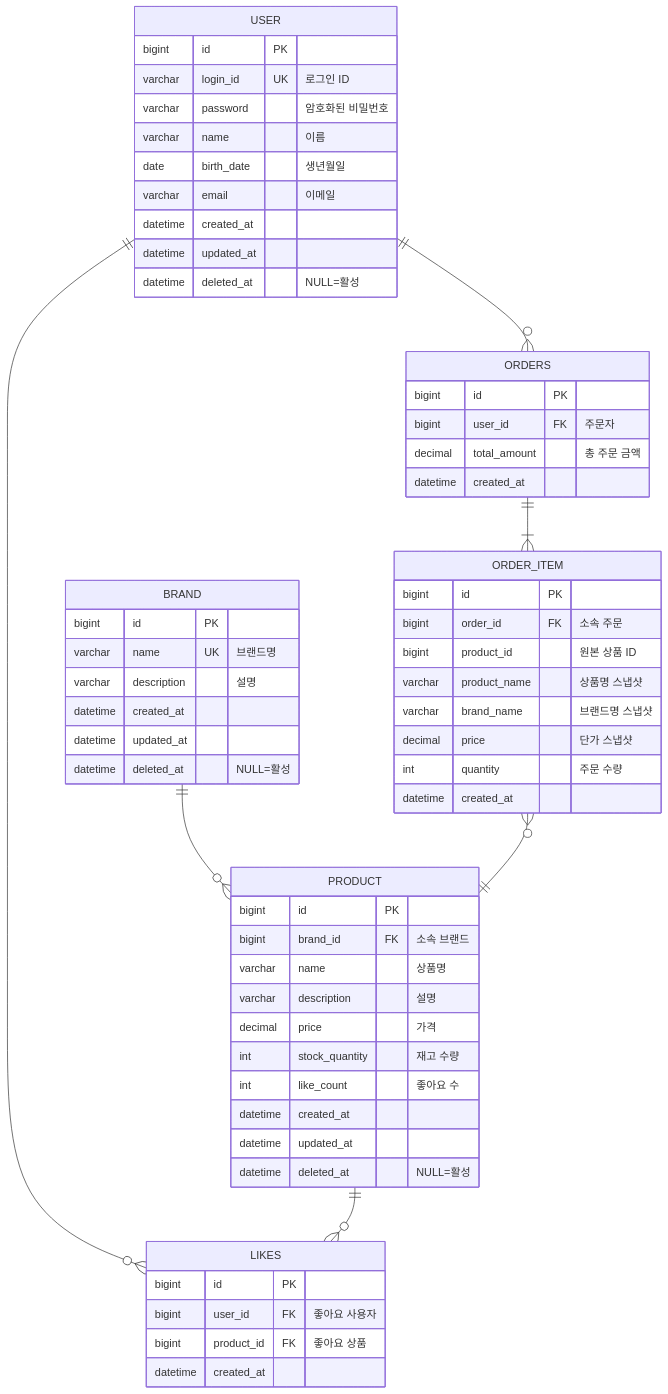
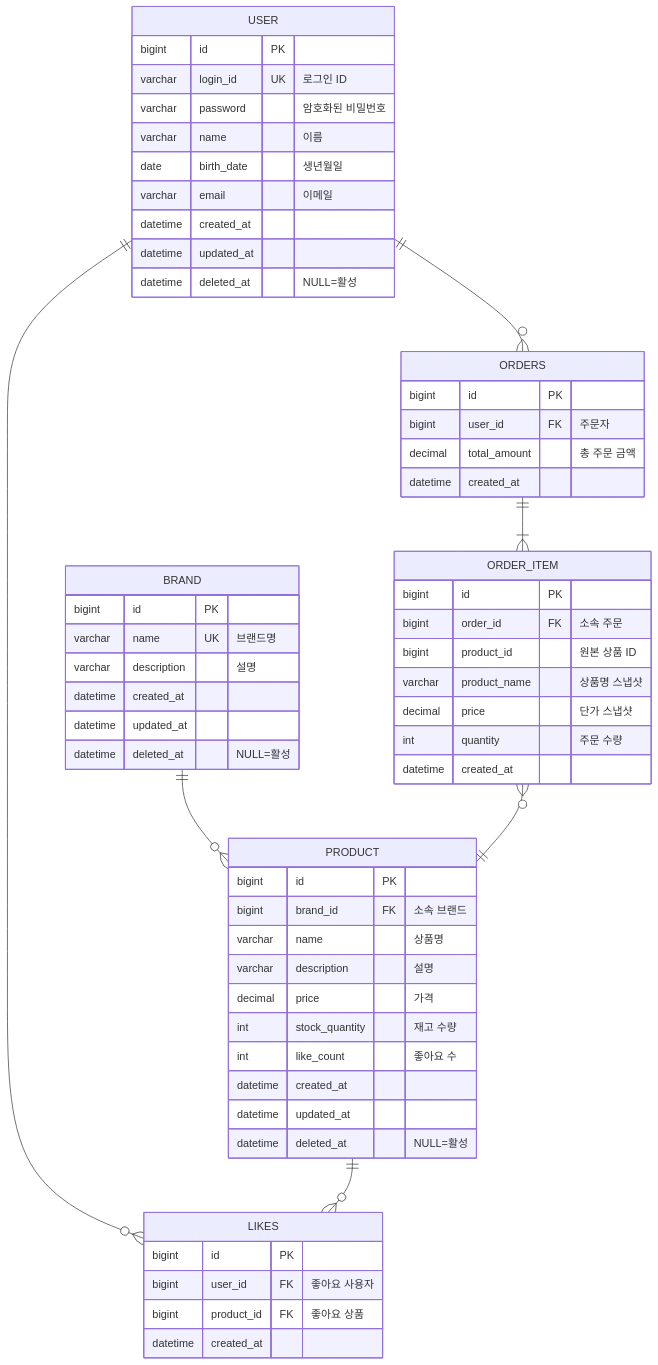
The diagram in docs/design/erd.md (Loopers-dev-lab/loop-pack-be-l2-vol3-java), drawn with Mermaid before and after one commit.

Commit message:
fix: ERD ORDER_ITEM에서 미사용 brand_name 컬럼 제거

````diff
--- a/docs/design/erd.md
+++ b/docs/design/erd.md
@@ -8,68 +8,67 @@
 ```mermaid
 erDiagram
     USER {
         bigint id PK
         varchar login_id UK "로그인 ID"
         varchar password "암호화된 비밀번호"
         varchar name "이름"
         date birth_date "생년월일"
         varchar email "이메일"
         datetime created_at
         datetime updated_at
         datetime deleted_at "NULL=활성"
     }
 
     BRAND {
         bigint id PK
         varchar name UK "브랜드명"
         varchar description "설명"
         datetime created_at
         datetime updated_at
         datetime deleted_at "NULL=활성"
     }
 
     PRODUCT {
         bigint id PK
         bigint brand_id FK "소속 브랜드"
         varchar name "상품명"
         varchar description "설명"
         decimal price "가격"
         int stock_quantity "재고 수량"
         int like_count "좋아요 수"
         datetime created_at
         datetime updated_at
         datetime deleted_at "NULL=활성"
     }
 
     LIKES {
         bigint id PK
         bigint user_id FK "좋아요 사용자"
         bigint product_id FK "좋아요 상품"
         datetime created_at
     }
 
     ORDERS {
         bigint id PK
         bigint user_id FK "주문자"
         decimal total_amount "총 주문 금액"
         datetime created_at
     }
 
     ORDER_ITEM {
         bigint id PK
         bigint order_id FK "소속 주문"
         bigint product_id "원본 상품 ID"
         varchar product_name "상품명 스냅샷"
-        varchar brand_name "브랜드명 스냅샷"
         decimal price "단가 스냅샷"
         int quantity "주문 수량"
         datetime created_at
     }
 
     BRAND ||--o{ PRODUCT : ""
     USER ||--o{ LIKES : ""
     PRODUCT ||--o{ LIKES : ""
     USER ||--o{ ORDERS : ""
     ORDERS ||--|{ ORDER_ITEM : ""
     ORDER_ITEM }o--|| PRODUCT : ""
 ```
````
